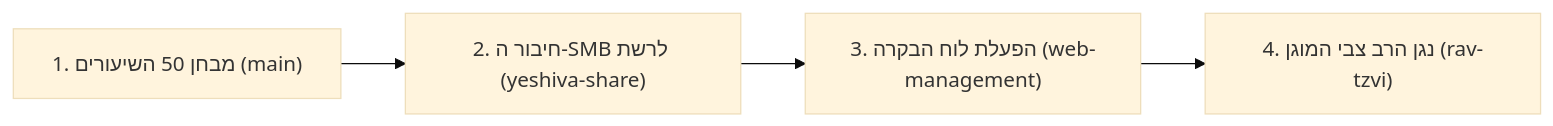
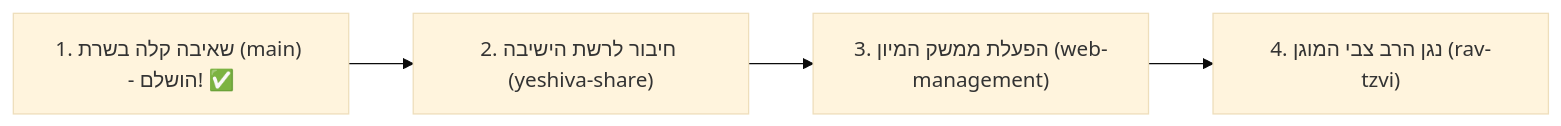
One commit to amichayfrid-cell/yeshiva-recorder changed the diagram in BRANCHES_OVERVIEW.md. Above: the diagram before and after it, drawn with Mermaid (base theme). The commit also changed other lines of this file and 2 other files, not shown here.

Commit message:
docs: update architecture, project status and branches roadmap

````diff
--- a/BRANCHES_OVERVIEW.md
+++ b/BRANCHES_OVERVIEW.md
@@ -20,6 +21,6 @@
 ```mermaid
 flowchart LR
-    Step1["1. מבחן 50 השיעורים (main)"] --> Step2["2. חיבור ה-SMB לרשת (yeshiva-share)"]
-    Step2 --> Step3["3. הפעלת לוח הבקרה (web-management)"]
+    Step1["1. שאיבה קלה בשרת (main) - הושלם! ✅"] --> Step2["2. חיבור לרשת הישיבה (yeshiva-share)"]
+    Step2 --> Step3["3. הפעלת ממשק המיון (web-management)"]
     Step3 --> Step4["4. נגן הרב צבי המוגן (rav-tzvi)"]
 ```
````
